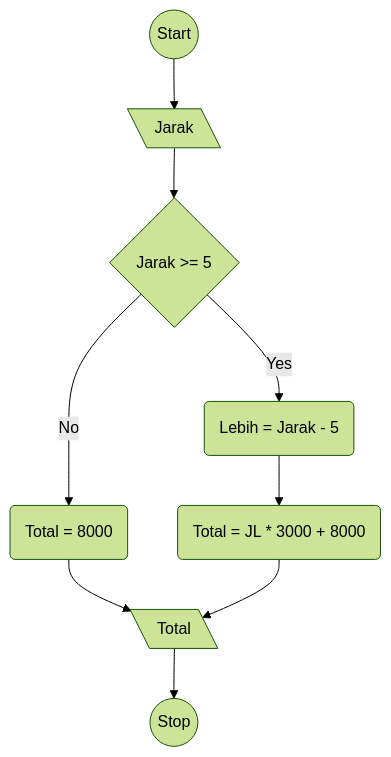
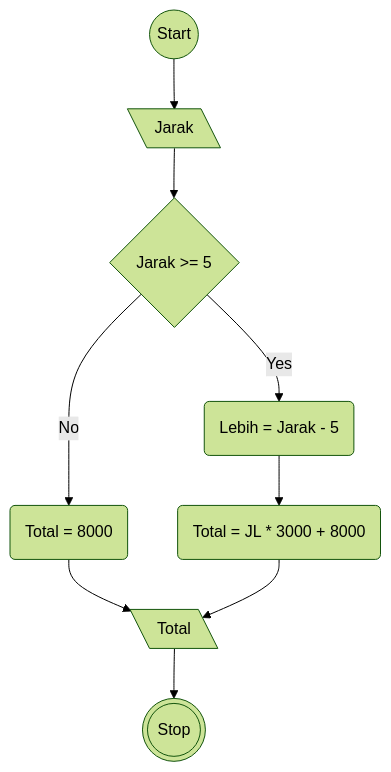
The diagram in MiniTaks8.md (ariekas/koda-b4-algoritma), drawn with Mermaid (forest theme) before and after one commit.

````diff
--- a/MiniTaks8.md
+++ b/MiniTaks8.md
@@ -3,19 +3,19 @@
 ```mermaid
 flowchart TD
 Start((Start))
 Input[\Jarak\]
 Decision{Jarak >= 5}
 Lebih(Lebih = Jarak - 5)
 ProcessLebih(Total = JL * 3000 + 8000)
 ProcessKurang(Total = 8000)
 Total[\Total\]
-Stop((Stop))
+Stop(((Stop)))
 
 Start --> Input
 Input --> Decision
 Decision -- Yes --> Lebih
 Decision -- No --> ProcessKurang
 Lebih --> ProcessLebih
 ProcessKurang & ProcessLebih  --> Total
 Total --> Stop
 ```
````
